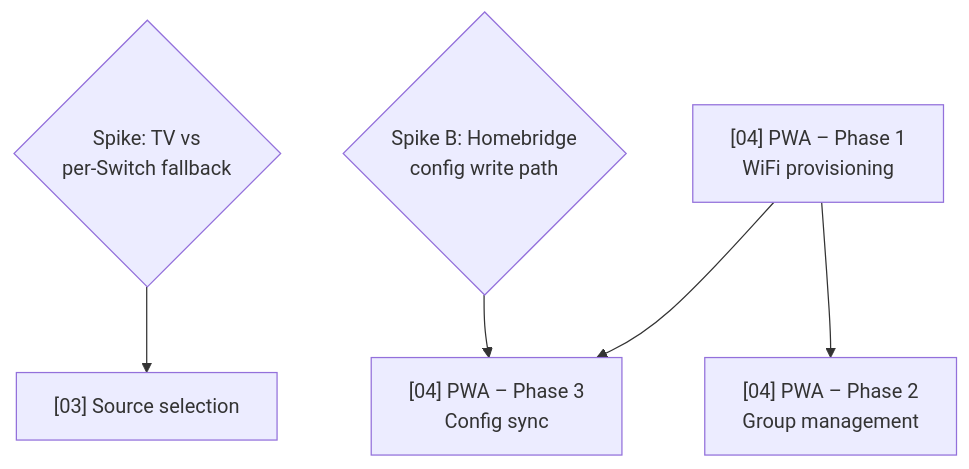
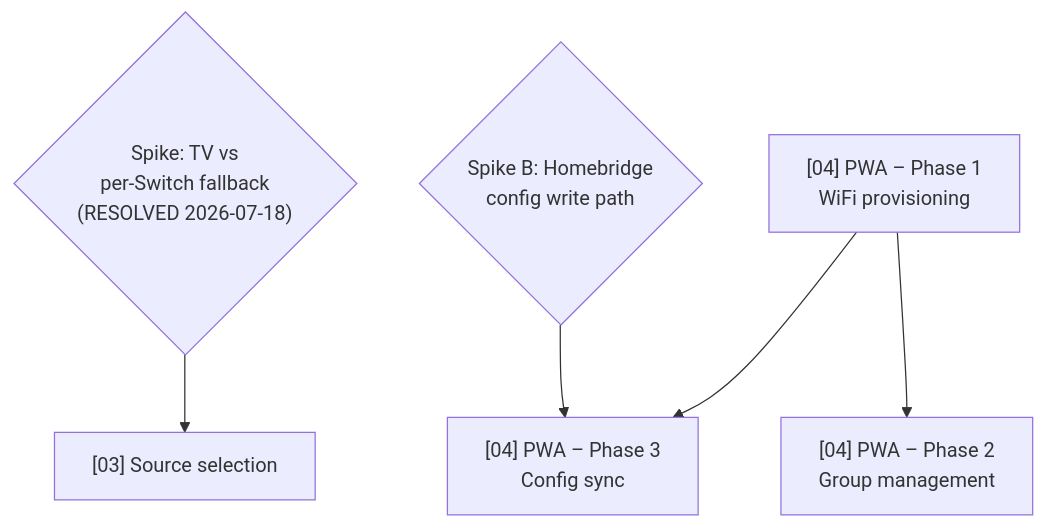
The diagram in .claude/plans/ROADMAP.md (forktrucka/homebridge-soundtouch-speaker), drawn with Mermaid before and after one commit. The commit also changed other lines of this file and 1 other file, not shown here.

First line of the commit message:
docs: resolve TV-vs-Switch spike, confirm source selection architecture

````diff
--- a/.claude/plans/ROADMAP.md
+++ b/.claude/plans/ROADMAP.md
@@ -13,14 +13,14 @@
 ```mermaid
 flowchart TD
-    SpikeTV{"Spike: TV vs\nper-Switch fallback"}
+    SpikeTV{"Spike: TV vs\nper-Switch fallback\n(RESOLVED 2026-07-18)"}
     SourceNode["[03] Source selection"]
     SpikeB{"Spike B: Homebridge\nconfig write path"}
     PWA1Node["[04] PWA – Phase 1\nWiFi provisioning"]
     PWA2Node["[04] PWA – Phase 2\nGroup management"]
     PWA3Node["[04] PWA – Phase 3\nConfig sync"]
 
     SpikeTV --> SourceNode
     PWA1Node --> PWA2Node
     SpikeB --> PWA3Node
     PWA1Node --> PWA3Node
 ```
````
